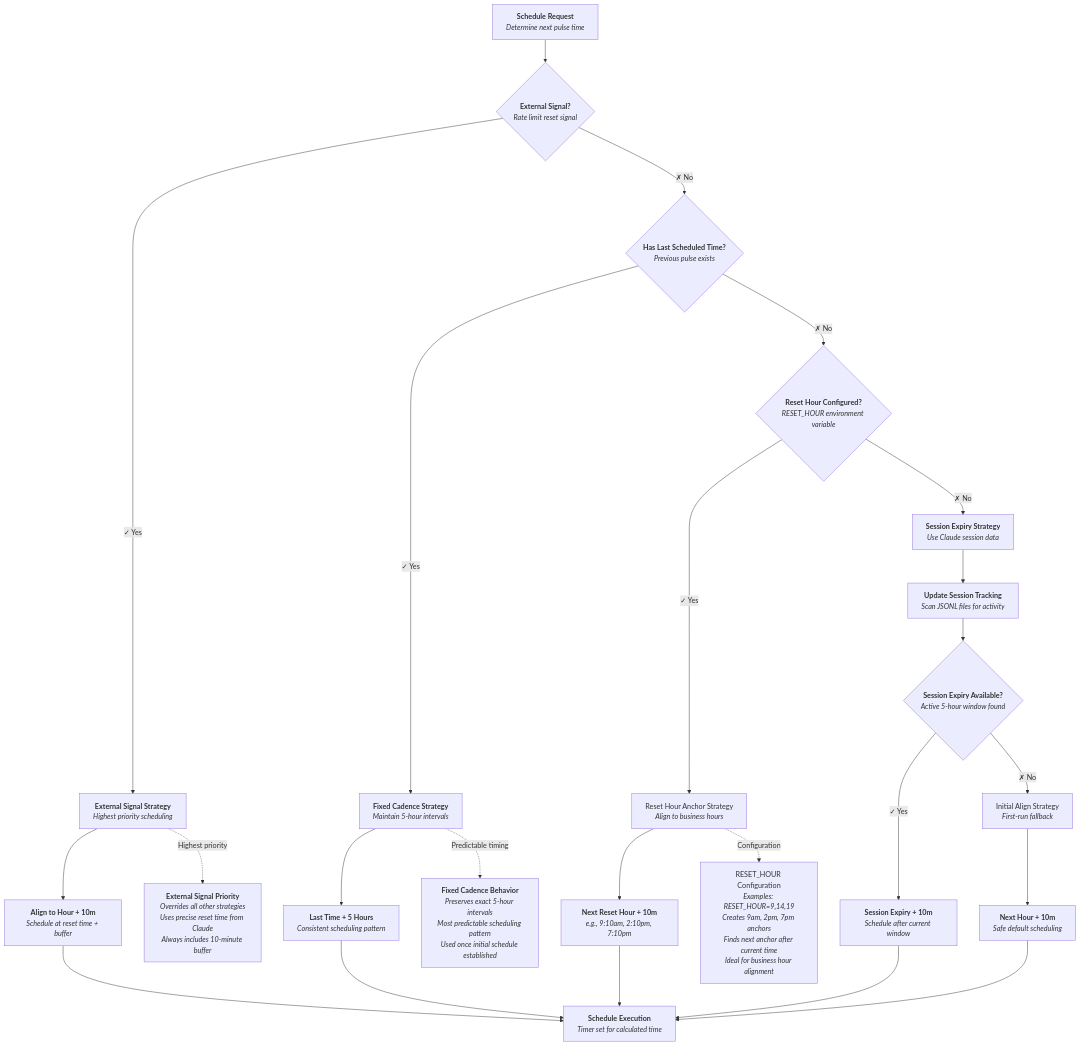
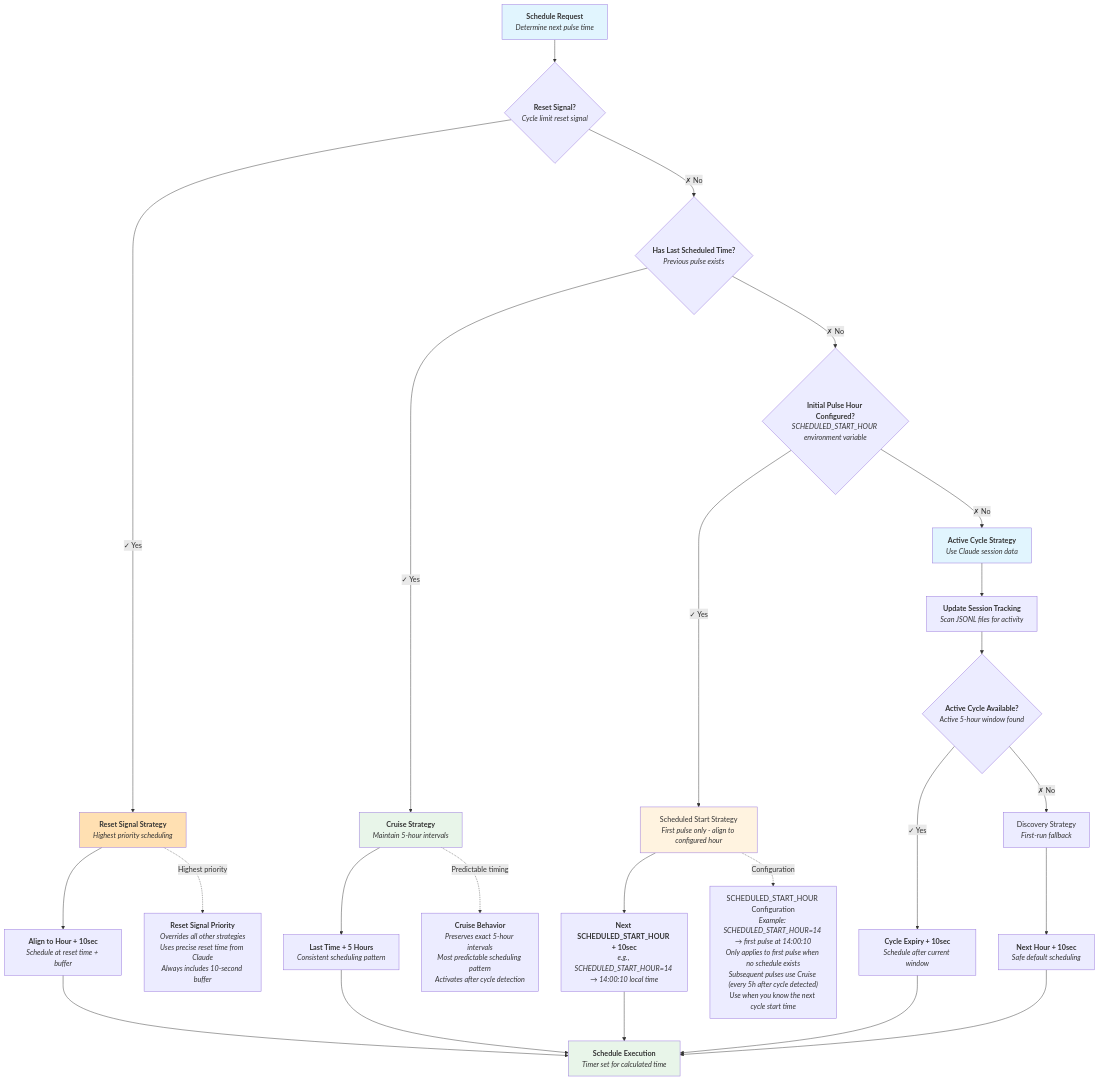
The fifth of 11 diagrams in docs/workflow-diagrams.md (substance0/claudepulse), drawn with Mermaid before and after one commit. The commit also changed other lines of this file and 38 other files, not shown here.

First line of the commit message:
feat: ClaudePulse v1.0.0 - Production-ready automated Claude session manager

````diff
--- a/docs/workflow-diagrams.md
+++ b/docs/workflow-diagrams.md
@@ -194,68 +314,76 @@
 ```mermaid
 graph TD
     A["`**Schedule Request**
-    _Determine next pulse time_`"] --> B{"`**External Signal?**
-    _Rate limit reset signal_`"}
+    _Determine next pulse time_`"] --> B{"`**Reset Signal?**
+    _Cycle limit reset signal_`"}
 
-    B -->|"✓ Yes"| C["`**External Signal Strategy**
+    B -->|"✓ Yes"| C["`**Reset Signal Strategy**
     _Highest priority scheduling_`"]
-    C --> D["`**Align to Hour + 10m**
+    C --> D["`**Align to Hour + 10sec**
     _Schedule at reset time + buffer_`"]
     D --> E["`**Schedule Execution**
     _Timer set for calculated time_`"]
 
     B -->|"✗ No"| F{"`**Has Last Scheduled Time?**
     _Previous pulse exists_`"}
 
-    F -->|"✓ Yes"| G["`**Fixed Cadence Strategy**
+    F -->|"✓ Yes"| G["`**Cruise Strategy**
     _Maintain 5-hour intervals_`"]
     G --> H["`**Last Time + 5 Hours**
     _Consistent scheduling pattern_`"]
     H --> E
 
-    F -->|"✗ No"| I{"`**Reset Hour Configured?**
-    _RESET_HOUR environment variable_`"}
+    F -->|"✗ No"| I{"`**Initial Pulse Hour Configured?**
+    _SCHEDULED_START_HOUR environment variable_`"}
 
-    I -->|"✓ Yes"| J["`Reset Hour Anchor Strategy
-    _Align to business hours_`"]
-    J --> K["`**Next Reset Hour + 10m**
-    _e.g., 9:10am, 2:10pm, 7:10pm_`"]
+    I -->|"✓ Yes"| J["`Scheduled Start Strategy
+    _First pulse only - align to configured hour_`"]
+    J --> K["`**Next SCHEDULED_START_HOUR + 10sec**
+    _e.g., SCHEDULED_START_HOUR=14 → 14:00:10 local time_`"]
     K --> E
 
-    I -->|"✗ No"| L["`**Session Expiry Strategy**
+    I -->|"✗ No"| L["`**Active Cycle Strategy**
     _Use Claude session data_`"]
     L --> M["`**Update Session Tracking**
     _Scan JSONL files for activity_`"]
-    M --> N{"`**Session Expiry Available?**
+    M --> N{"`**Active Cycle Available?**
     _Active 5-hour window found_`"}
 
-    N -->|"✓ Yes"| O["`**Session Expiry + 10m**
+    N -->|"✓ Yes"| O["`**Cycle Expiry + 10sec**
     _Schedule after current window_`"]
-    N -->|"✗ No"| P["`Initial Align Strategy
+    N -->|"✗ No"| P["`Discovery Strategy
     _First-run fallback_`"]
     O --> E
-    P --> Q["`**Next Hour + 10m**
+    P --> Q["`**Next Hour + 10sec**
     _Safe default scheduling_`"]
     Q --> E
 
     %% Strategy annotations
-    NOTE_EXT["`**External Signal Priority**
+    NOTE_EXT["`**Reset Signal Priority**
     _Overrides all other strategies
     Uses precise reset time from Claude
-    Always includes 10-minute buffer_`"]
+    Always includes 10-second buffer_`"]
 
-    NOTE_RESET["`RESET_HOUR Configuration
-    _Examples: RESET_HOUR=9,14,19
-    Creates 9am, 2pm, 7pm anchors
-    Finds next anchor after current time
-    Ideal for business hour alignment_`"]
+    NOTE_RESET["`SCHEDULED_START_HOUR Configuration
+    _Example: SCHEDULED_START_HOUR=14 → first pulse at 14:00:10
+    Only applies to first pulse when no schedule exists
+    Subsequent pulses use Cruise (every 5h after cycle detected)
+    Use when you know the next cycle start time_`"]
 
-    NOTE_CADENCE["`**Fixed Cadence Behavior**
+    NOTE_CADENCE["`**Cruise Behavior**
     _Preserves exact 5-hour intervals
     Most predictable scheduling pattern
-    Used once initial schedule established_`"]
+    Activates after cycle detection_`"]
 
     C -.->|"Highest priority"| NOTE_EXT
     J -.->|"Configuration"| NOTE_RESET
     G -.->|"Predictable timing"| NOTE_CADENCE
+
+    %% Consistent styling
+    style A fill:#e1f5fe
+    style C fill:#ffe0b2
+    style E fill:#e8f5e9
+    style G fill:#e8f5e9
+    style J fill:#fff3e0
+    style L fill:#e1f5fe
 ```
````
